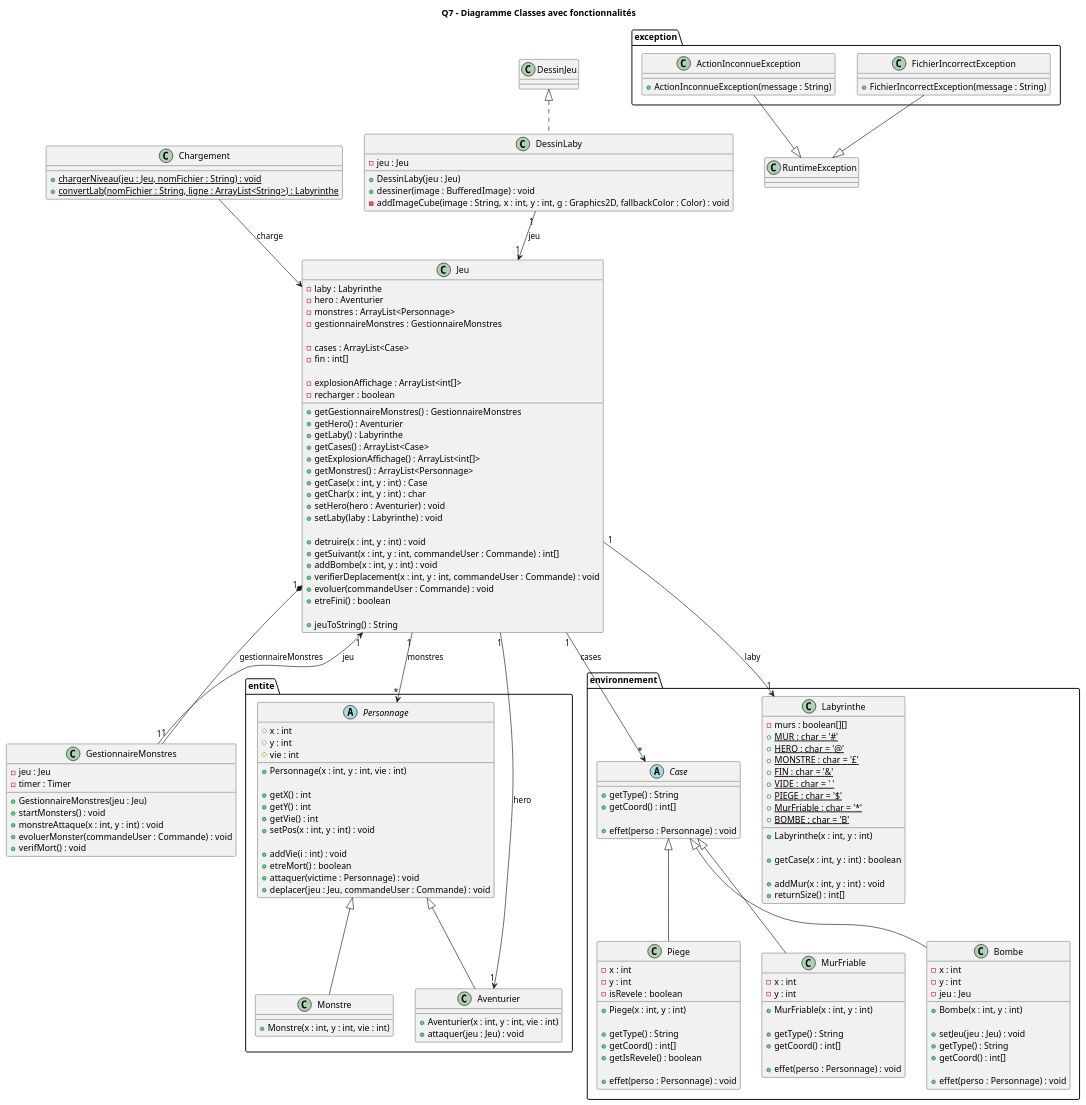
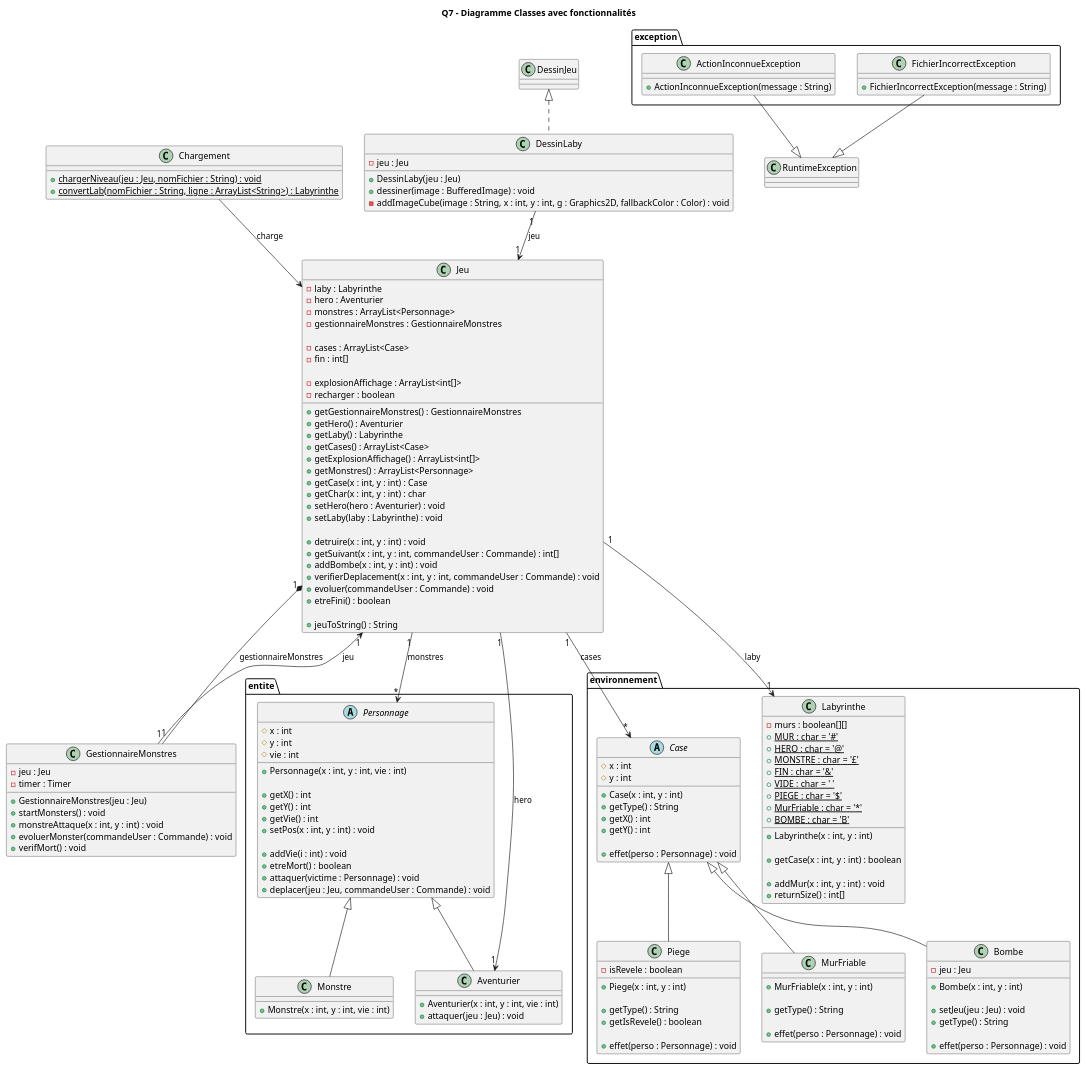
One commit to lucas-martinati-pro/SAE_S2.01_Zeldiablo-LucasM_JeanLM_PierreGSV changed the diagram in documents/version_2/Q7 - Diagramme Classes avec fonctionnalités.puml. Above: the diagram before and after it, drawn with PlantUML. The commit also changed 7 other files, not shown here.

Commit message:
refactor: remplacer getCoord par getX et getY dans Case

```diff
--- a/documents/version_2/Q7 - Diagramme Classes avec fonctionnalités.puml
+++ b/documents/version_2/Q7 - Diagramme Classes avec fonctionnalités.puml
@@ -1,195 +1,190 @@
 @startuml
 title Q7 - Diagramme Classes avec fonctionnalités
 
 class "Jeu" {
     - laby : Labyrinthe
     - hero : Aventurier
     - monstres : ArrayList<Personnage>
     - gestionnaireMonstres : GestionnaireMonstres
 
     - cases : ArrayList<Case>
     - fin : int[]
 
     - explosionAffichage : ArrayList<int[]>
     - recharger : boolean
 
     + getGestionnaireMonstres() : GestionnaireMonstres
     + getHero() : Aventurier
     + getLaby() : Labyrinthe
     + getCases() : ArrayList<Case>
     + getExplosionAffichage() : ArrayList<int[]>
     + getMonstres() : ArrayList<Personnage>
     + getCase(x : int, y : int) : Case
     + getChar(x : int, y : int) : char
     + setHero(hero : Aventurier) : void
     + setLaby(laby : Labyrinthe) : void
 
     + detruire(x : int, y : int) : void
     + getSuivant(x : int, y : int, commandeUser : Commande) : int[]
     + addBombe(x : int, y : int) : void
     + verifierDeplacement(x : int, y : int, commandeUser : Commande) : void
     + evoluer(commandeUser : Commande) : void
     + etreFini() : boolean
 
     + jeuToString() : String
 }
 
 class GestionnaireMonstres {
     - jeu : Jeu
     - timer : Timer
 
     + GestionnaireMonstres(jeu : Jeu)
     + startMonsters() : void
     + monstreAttaque(x : int, y : int) : void
     + evoluerMonster(commandeUser : Commande) : void
     + verifMort() : void
 }
 
 class Chargement {
     + {static} chargerNiveau(jeu : Jeu, nomFichier : String) : void
     + {static} convertLab(nomFichier : String, ligne : ArrayList<String>) : Labyrinthe
 }
 
 class DessinLaby {
     - jeu : Jeu
 
     + DessinLaby(jeu : Jeu)
     + dessiner(image : BufferedImage) : void
     - addImageCube(image : String, x : int, y : int, g : Graphics2D, fallbackColor : Color) : void
 }
 
 package "entite" {
     abstract class Personnage {
         # x : int
         # y : int
         # vie : int
 
         + Personnage(x : int, y : int, vie : int)
 
         + getX() : int
         + getY() : int
         + getVie() : int
         + setPos(x : int, y : int) : void
 
         + addVie(i : int) : void
         + etreMort() : boolean
         + attaquer(victime : Personnage) : void
         + deplacer(jeu : Jeu, commandeUser : Commande) : void
     }
 
     class Aventurier {
         + Aventurier(x : int, y : int, vie : int)
         + attaquer(jeu : Jeu) : void
     }
 
     class Monstre {
         + Monstre(x : int, y : int, vie : int)
     }
 }
 
 package "environnement" {
 
     abstract class Case {
+        # x : int
+        # y : int
+
+        + Case(x : int, y : int)
         + getType() : String
-        + getCoord() : int[]
+        + getX() : int
+        + getY() : int
 
         + effet(perso : Personnage) : void
     }
 
     class Labyrinthe {
         - murs : boolean[][]
         + {static} MUR : char = '#'
         + {static} HERO : char = '@'
         + {static} MONSTRE : char = '£'
         + {static} FIN : char = '&'
         + {static} VIDE : char = ' '
         + {static} PIEGE : char = '$'
         + {static} MurFriable : char = '*'
         + {static} BOMBE : char = 'B'
 
         + Labyrinthe(x : int, y : int)
 
         + getCase(x : int, y : int) : boolean
 
         + addMur(x : int, y : int) : void
         + returnSize() : int[]
     }
 
     class Piege {
-        - x : int
-        - y : int
         - isRevele : boolean
 
         + Piege(x : int, y : int)
 
         + getType() : String
-        + getCoord() : int[]
         + getIsRevele() : boolean
 
         + effet(perso : Personnage) : void
     }
 
     class MurFriable {
-        - x : int
-        - y : int
-
         + MurFriable(x : int, y : int)
 
         + getType() : String
-        + getCoord() : int[]
 
         + effet(perso : Personnage) : void
     }
 
     class Bombe {
-        - x : int
-        - y : int
         - jeu : Jeu
 
         + Bombe(x : int, y : int)
 
         + setJeu(jeu : Jeu) : void
         + getType() : String
-        + getCoord() : int[]
 
         + effet(perso : Personnage) : void
     }
 }
 
 package "exception" {
     class ActionInconnueException {
         + ActionInconnueException(message : String)
     }
 
     class FichierIncorrectException {
         + FichierIncorrectException(message : String)
     }
 }
 
 ' ========================
 ' Relations
 ' ========================
 Case <|-- Piege
 Case <|-- MurFriable
 Case <|-- Bombe
 
 Personnage <|-- Aventurier
 Personnage <|-- Monstre
 
 ActionInconnueException --|> RuntimeException
 FichierIncorrectException --|> RuntimeException
 
 DessinJeu <|.. DessinLaby
 
 Jeu "1" --> "1" Labyrinthe : laby
 Jeu "1" --> "1" Aventurier : hero
 Jeu "1" *-- "1" GestionnaireMonstres : gestionnaireMonstres
 Jeu "1" --> "*" Personnage : monstres
 Jeu "1" --> "*" Case : cases
 
 GestionnaireMonstres "1" --> "1" Jeu : jeu
 Chargement --> Jeu : charge
 
 DessinLaby "1" --> "1" Jeu : jeu
 
 @enduml
```
